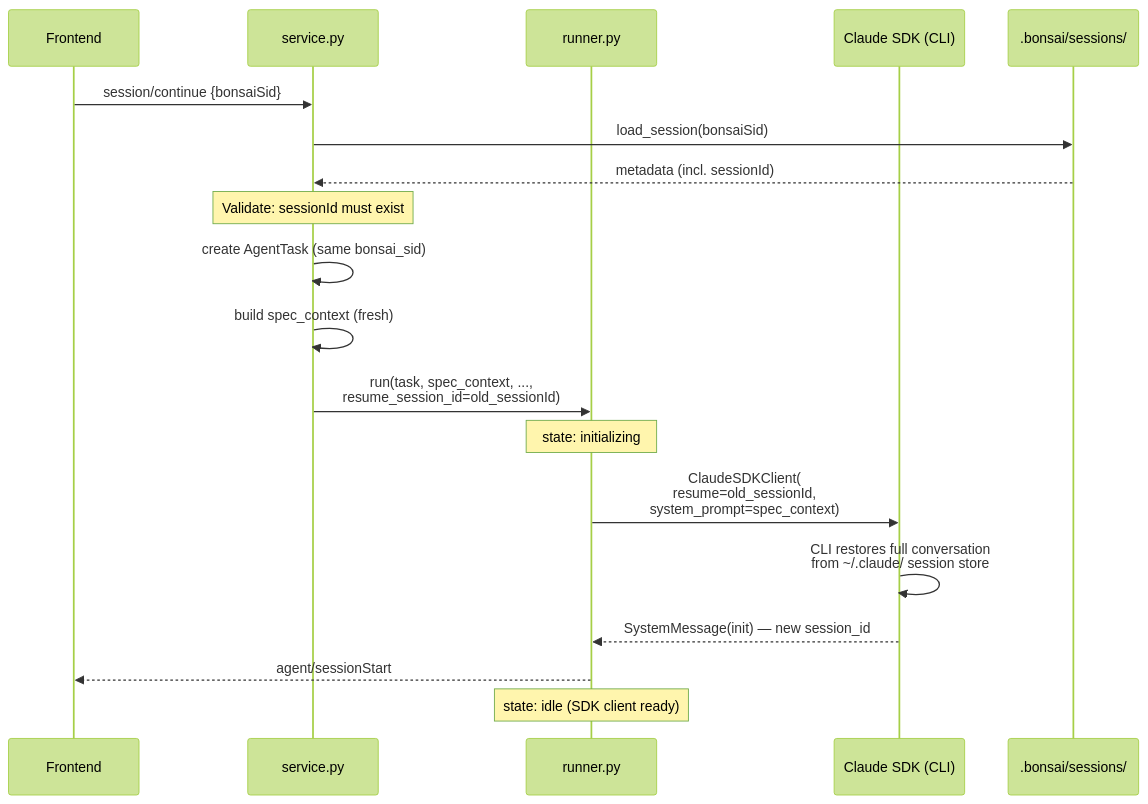
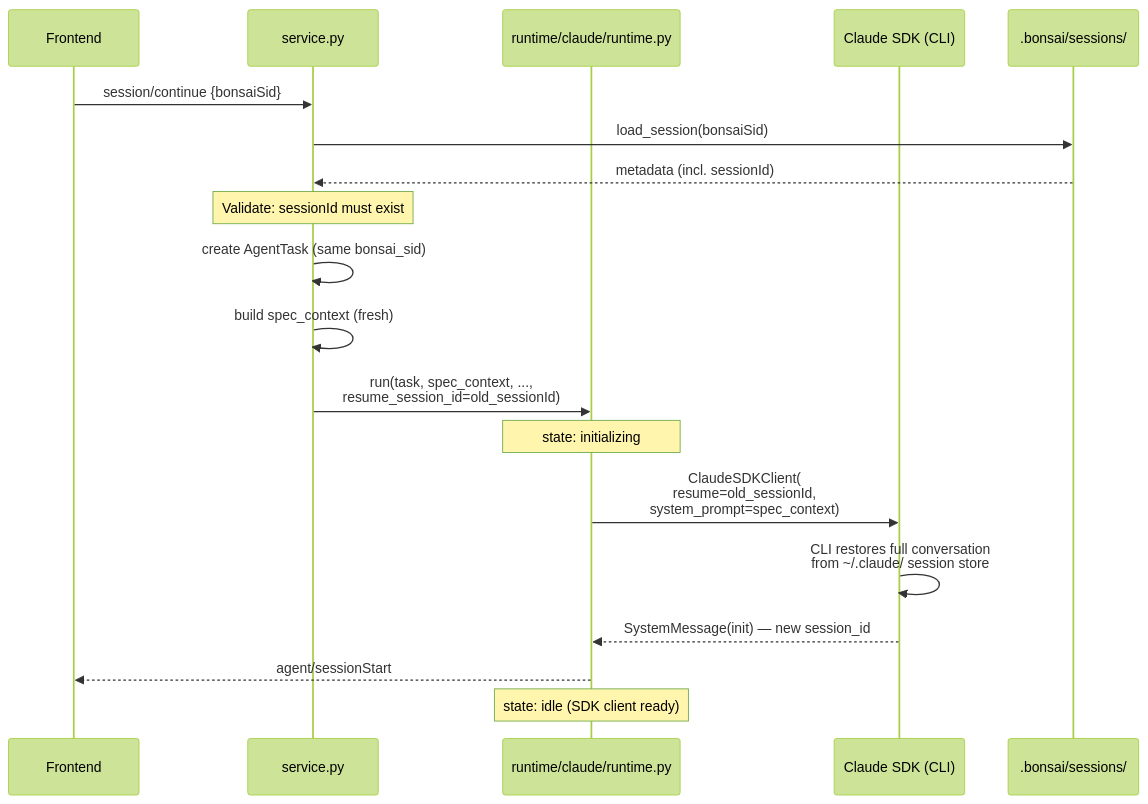
Before and after one commit to JetBrains/thinkrail: the fourth of 5 diagrams in backend/app/agent/README.md, drawn with Mermaid (forest theme). The commit also changed other lines of this file and 41 other files, not shown here.

First line of the commit message:
Decouple agent runtime from runner, extract Claude runtime package

````diff
--- a/backend/app/agent/README.md
+++ b/backend/app/agent/README.md
@@ -184,26 +184,26 @@
 ```mermaid
 sequenceDiagram
     participant F as Frontend
     participant Svc as service.py
-    participant R as runner.py
+    participant R as runtime/claude/runtime.py
     participant SDK as Claude SDK (CLI)
     participant Disk as .bonsai/sessions/
 
     F->>Svc: session/continue {bonsaiSid}
     Svc->>Disk: load_session(bonsaiSid)
     Disk-->>Svc: metadata (incl. sessionId)
 
     Note over Svc: Validate: sessionId must exist
 
     Svc->>Svc: create AgentTask (same bonsai_sid)
     Svc->>Svc: build spec_context (fresh)
     Svc->>R: run(task, spec_context, ...,<br/>resume_session_id=old_sessionId)
 
     Note over R: state: initializing
     R->>SDK: ClaudeSDKClient(<br/>  resume=old_sessionId,<br/>  system_prompt=spec_context)
     SDK->>SDK: CLI restores full conversation<br/>from ~/.claude/ session store
     SDK-->>R: SystemMessage(init) — new session_id
 
     R-->>F: agent/sessionStart
     Note over R: state: idle (SDK client ready)
 ```
````
